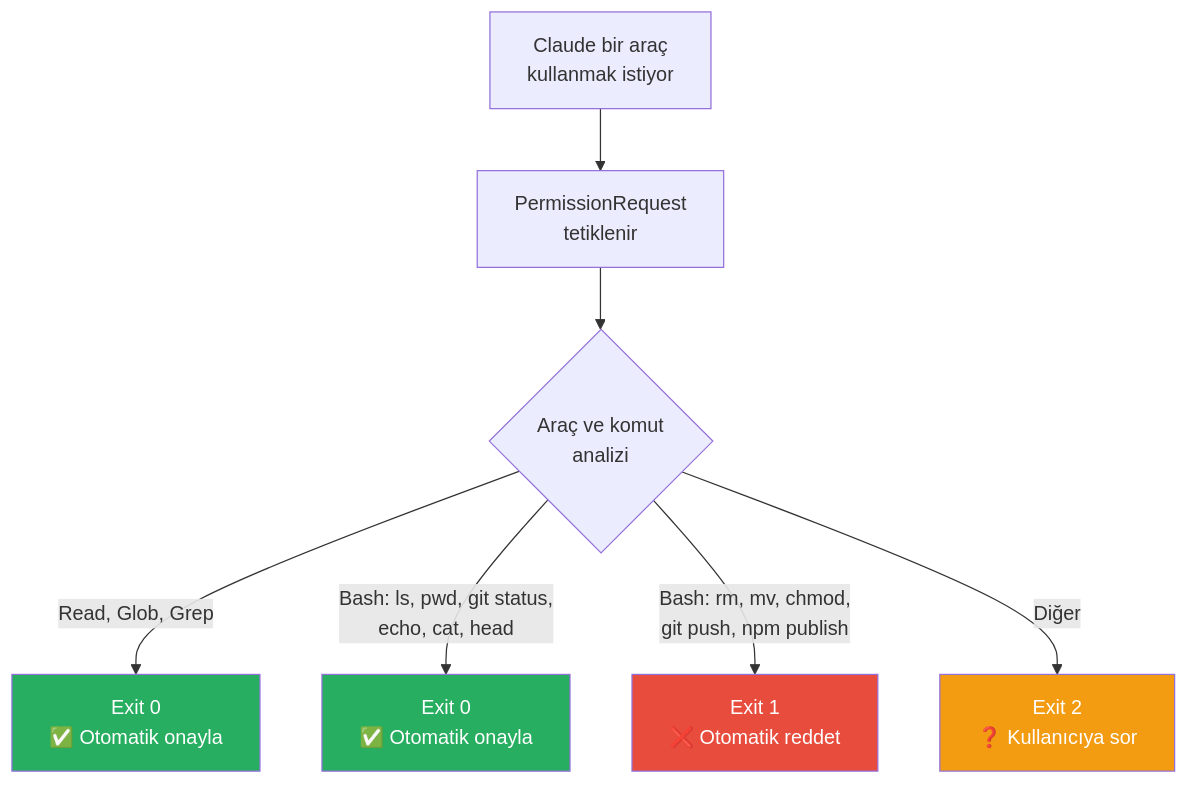
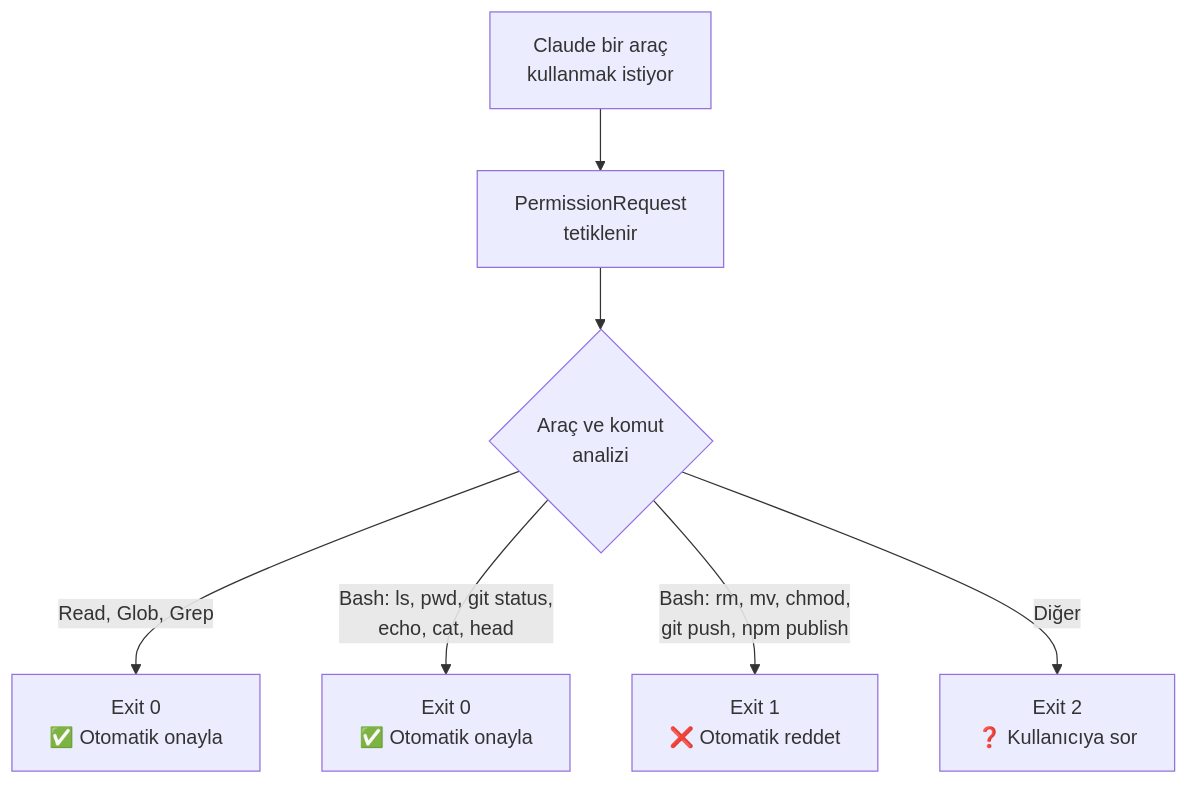
The fifth of 9 diagrams in 14-hooks-ve-otomasyon/05-hook-ornekleri-ve-tarifler.md (IzzetYasinAtes/ClaudeCodeHandbook), drawn with Mermaid before and after one commit. The commit also changed other lines of this file and 97 other files, not shown here.

Commit message:
Remove all custom Mermaid style/fill colors from 98 markdown files for consistent dark theme rendering

````diff
--- a/14-hooks-ve-otomasyon/05-hook-ornekleri-ve-tarifler.md
+++ b/14-hooks-ve-otomasyon/05-hook-ornekleri-ve-tarifler.md
@@ -272,15 +259,11 @@
 ```mermaid
 flowchart TD
     A["Claude bir araç<br/>kullanmak istiyor"] --> B["PermissionRequest<br/>tetiklenir"]
     B --> C{"Araç ve komut<br/>analizi"}
     
     C -->|"Read, Glob, Grep"| D["Exit 0<br/>✅ Otomatik onayla"]
     C -->|"Bash: ls, pwd, git status,<br/>echo, cat, head"| E["Exit 0<br/>✅ Otomatik onayla"]
     C -->|"Bash: rm, mv, chmod,<br/>git push, npm publish"| F["Exit 1<br/>❌ Otomatik reddet"]
     C -->|"Diğer"| G["Exit 2<br/>❓ Kullanıcıya sor"]
 
-    style D fill:#27AE60,color:#fff
-    style E fill:#27AE60,color:#fff
-    style F fill:#E74C3C,color:#fff
-    style G fill:#F39C12,color:#fff
 ```
````
